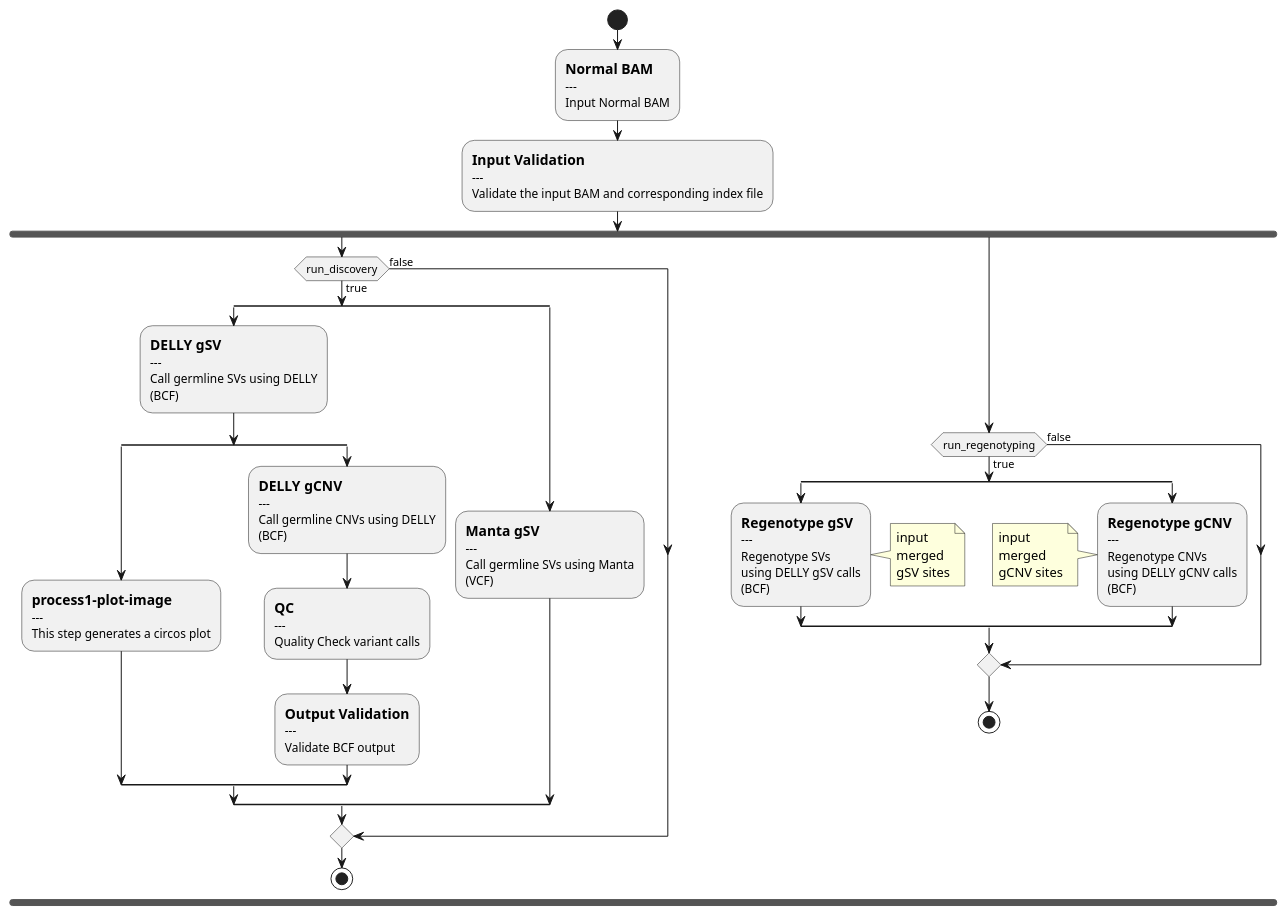
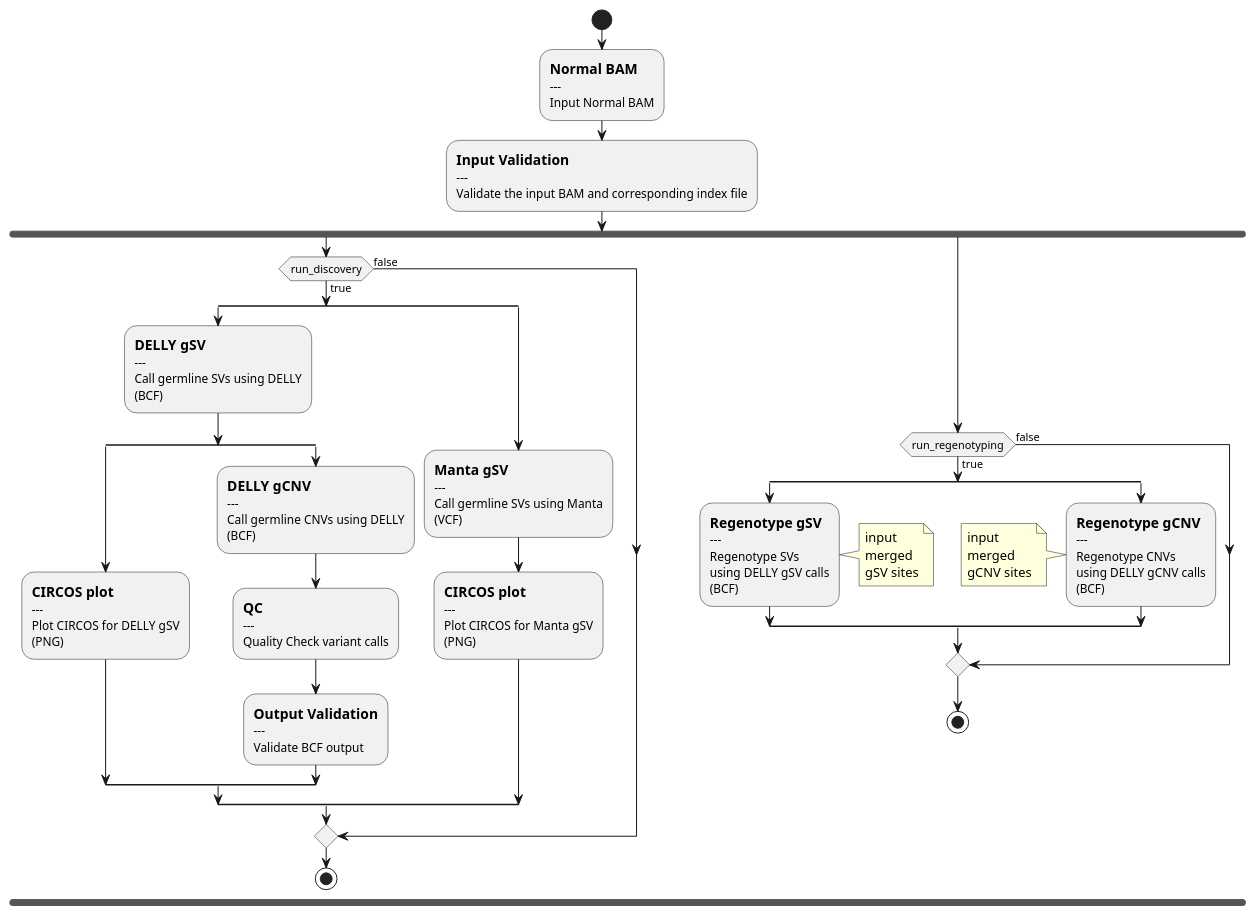
One commit to uclahs-cds/pipeline-call-gSV changed the diagram in docs/call-gSV.puml. Above: the diagram before and after it, drawn with PlantUML.

Commit message:
add circos step to Manta in flow diagram

```diff
--- a/docs/call-gSV.puml
+++ b/docs/call-gSV.puml
@@ -1,67 +1,72 @@
 @startuml
 skinparam SwimlaneTitleFontStyle bold
 
 start
 
 :==Normal BAM
 ---
 Input Normal BAM;
 :==Input Validation
 ---
 Validate the input BAM and corresponding index file;
 fork
 if (run_discovery) is (true) then
     split
         :==DELLY gSV
         ---
         Call germline SVs using DELLY
         (BCF);
         split
-            :==process1-plot-image
+            :==CIRCOS plot
             ---
-            This step generates a circos plot;
+            Plot CIRCOS for DELLY gSV
+            (PNG);
         split again
             :==DELLY gCNV
             ---
             Call germline CNVs using DELLY
             (BCF);
             :==QC
             ---
             Quality Check variant calls;
             :==Output Validation
             ---
             Validate BCF output;
         end split
     split again
         :==Manta gSV
         ---
         Call germline SVs using Manta
         (VCF);
+        :==CIRCOS plot
+        ---
+        Plot CIRCOS for Manta gSV
+        (PNG);
     end split
 else (false)
 endif
 stop
 
 fork again
 if (run_regenotyping) is (true) then
     split
     :==Regenotype gSV
     ---
     Regenotype SVs
     using DELLY gSV calls
     (BCF);
     note right: input\nmerged\ngSV sites
     split again
     :==Regenotype gCNV
     ---
     Regenotype CNVs
     using DELLY gCNV calls
     (BCF);
     note left: input\nmerged\ngCNV sites
     end split
 
 else (false)
 endif
 stop
 
 @enduml
```
